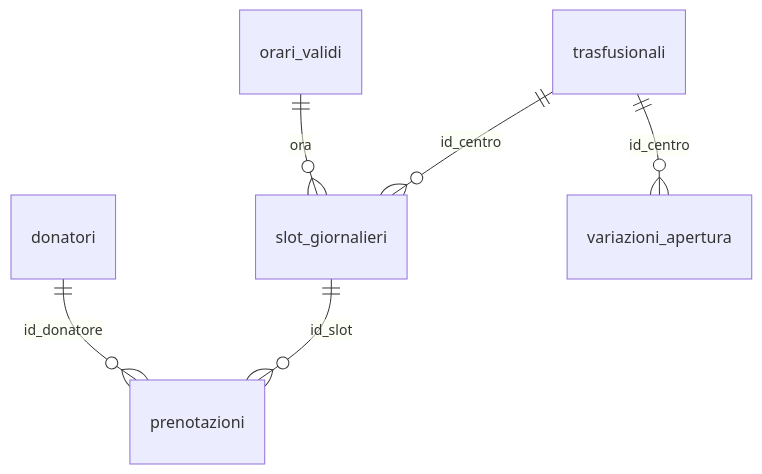
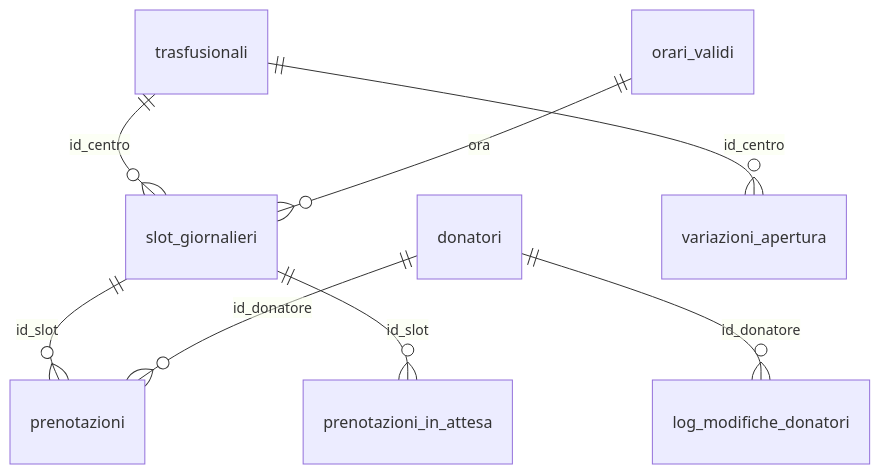
Before and after one commit to Vasile-Projects/Gedosan-API: the second of 2 diagrams in README.md, drawn with Mermaid. The commit also changed other lines of this file and 3 other files, not shown here.

````diff
--- a/README.md
+++ b/README.md
@@ -67,8 +77,10 @@
 ```mermaid
 erDiagram
-    trasfusionali   ||--o{ slot_giornalieri   : "id_centro"
-    orari_validi    ||--o{ slot_giornalieri   : "ora"
-    slot_giornalieri ||--o{ prenotazioni       : "id_slot"
-    donatori        ||--o{ prenotazioni        : "id_donatore"
-    trasfusionali   ||--o{ variazioni_apertura : "id_centro"
+    trasfusionali   ||--o{ slot_giornalieri       : "id_centro"
+    orari_validi    ||--o{ slot_giornalieri       : "ora"
+    slot_giornalieri ||--o{ prenotazioni           : "id_slot"
+    slot_giornalieri ||--o{ prenotazioni_in_attesa : "id_slot"
+    donatori        ||--o{ prenotazioni            : "id_donatore"
+    donatori        ||--o{ log_modifiche_donatori  : "id_donatore"
+    trasfusionali   ||--o{ variazioni_apertura     : "id_centro"
 ```
````
